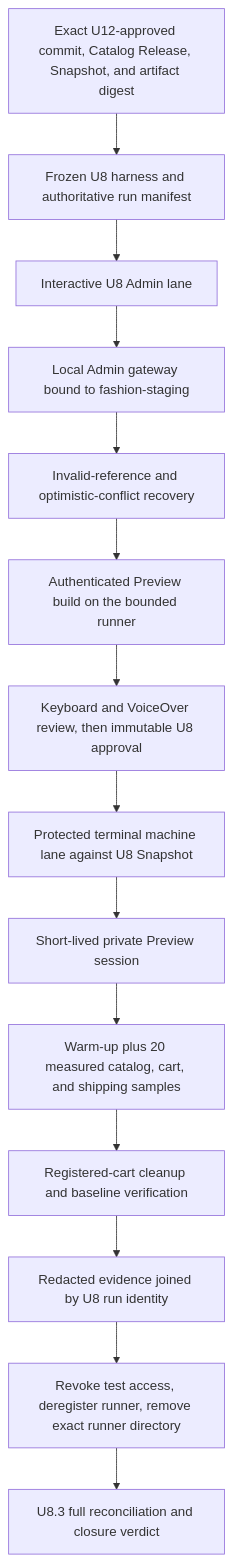
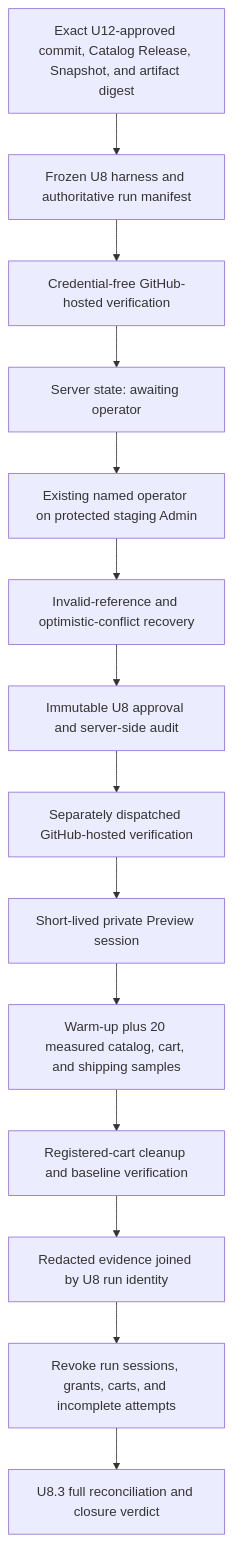
The sixth of 6 diagrams in docs/plans/2026-08-11-001-feat-fashion-store-functional-integration-plan.md (hashencode/shoppp), drawn with Mermaid before and after one commit. The commit also changed other lines of this file and 43 other files, not shown here.

````diff
--- a/docs/plans/2026-08-11-001-feat-fashion-store-functional-integration-plan.md
+++ b/docs/plans/2026-08-11-001-feat-fashion-store-functional-integration-plan.md
@@ -731,16 +748,16 @@
 ```mermaid
 flowchart TB
   Identity["Exact U12-approved commit, Catalog Release, Snapshot, and artifact digest"] --> Manifest["Frozen U8 harness and authoritative run manifest"]
-  Manifest --> Human["Interactive U8 Admin lane"]
-  Human --> LocalAdmin["Local Admin gateway bound to fashion-staging"]
-  LocalAdmin --> Recovery["Invalid-reference and optimistic-conflict recovery"]
-  Recovery --> PreviewBuild["Authenticated Preview build on the bounded runner"]
-  PreviewBuild --> Approval["Keyboard and VoiceOver review, then immutable U8 approval"]
-  Approval --> Machine["Protected terminal machine lane against U8 Snapshot"]
+  Manifest --> Preflight["Credential-free GitHub-hosted verification"]
+  Preflight --> Awaiting["Server state: awaiting operator"]
+  Awaiting --> Human["Existing named operator on protected staging Admin"]
+  Human --> Recovery["Invalid-reference and optimistic-conflict recovery"]
+  Recovery --> Approval["Immutable U8 approval and server-side audit"]
+  Approval --> Machine["Separately dispatched GitHub-hosted verification"]
   Machine --> Session["Short-lived private Preview session"]
   Session --> P95["Warm-up plus 20 measured catalog, cart, and shipping samples"]
   P95 --> CartCleanup["Registered-cart cleanup and baseline verification"]
   CartCleanup --> Evidence["Redacted evidence joined by U8 run identity"]
-  Evidence --> RunnerCleanup["Revoke test access, deregister runner, remove exact runner directory"]
-  RunnerCleanup --> Verify["U8.3 full reconciliation and closure verdict"]
+  Evidence --> AccessCleanup["Revoke run sessions, grants, carts, and incomplete attempts"]
+  AccessCleanup --> Verify["U8.3 full reconciliation and closure verdict"]
 ```
````
